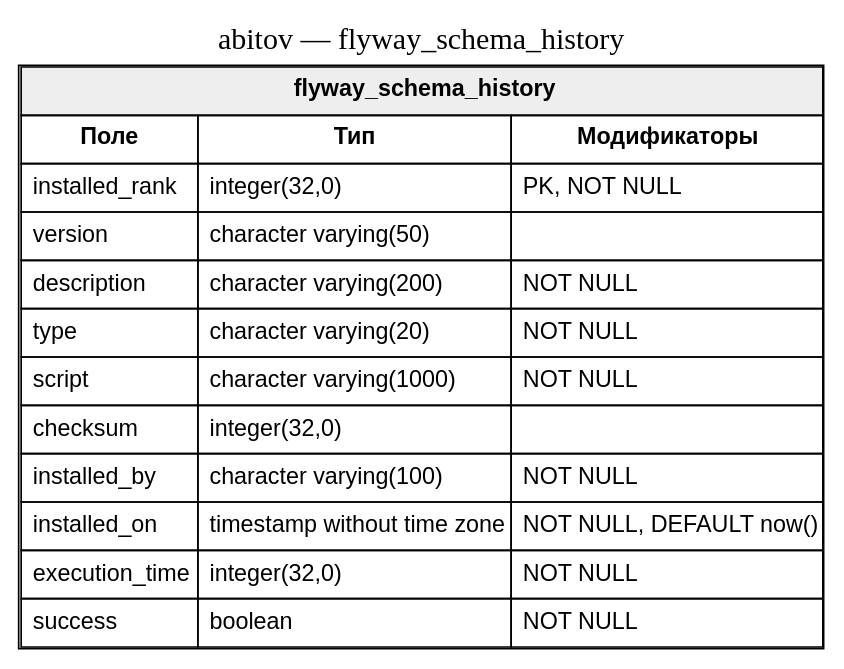
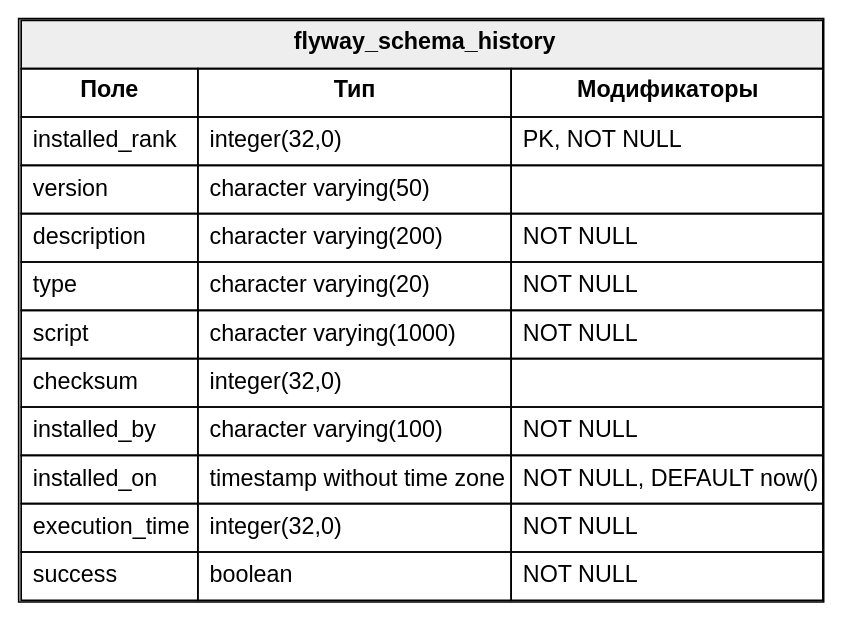
One commit to diplomas-2026/abitov changed the diagram in database-screenshots/dot/tables/flyway_schema_history.dot. Above: the diagram before and after it, drawn with Graphviz. The commit also changed 23 other files, not shown here.

Commit message:
Add database schema screenshots

```diff
--- a/database-screenshots/dot/tables/flyway_schema_history.dot
+++ b/database-screenshots/dot/tables/flyway_schema_history.dot
@@ -1,7 +1,5 @@
 digraph single_table {
   graph [rankdir=TB, fontsize=18];
   node [shape=plain, fontname="Arial"];
-  label="abitov — flyway_schema_history";
-  labelloc=t;
   "flyway_schema_history" [label=<<TABLE BORDER="1" CELLBORDER="1" CELLSPACING="0" CELLPADDING="6"><TR><TD BGCOLOR="#eeeeee" COLSPAN="3"><B>flyway_schema_history</B></TD></TR><TR><TD><B>Поле</B></TD><TD><B>Тип</B></TD><TD><B>Модификаторы</B></TD></TR><TR><TD ALIGN="LEFT">installed_rank</TD><TD ALIGN="LEFT">integer(32,0)</TD><TD ALIGN="LEFT">PK, NOT NULL</TD></TR><TR><TD ALIGN="LEFT">version</TD><TD ALIGN="LEFT">character varying(50)</TD><TD ALIGN="LEFT"></TD></TR><TR><TD ALIGN="LEFT">description</TD><TD ALIGN="LEFT">character varying(200)</TD><TD ALIGN="LEFT">NOT NULL</TD></TR><TR><TD ALIGN="LEFT">type</TD><TD ALIGN="LEFT">character varying(20)</TD><TD ALIGN="LEFT">NOT NULL</TD></TR><TR><TD ALIGN="LEFT">script</TD><TD ALIGN="LEFT">character varying(1000)</TD><TD ALIGN="LEFT">NOT NULL</TD></TR><TR><TD ALIGN="LEFT">checksum</TD><TD ALIGN="LEFT">integer(32,0)</TD><TD ALIGN="LEFT"></TD></TR><TR><TD ALIGN="LEFT">installed_by</TD><TD ALIGN="LEFT">character varying(100)</TD><TD ALIGN="LEFT">NOT NULL</TD></TR><TR><TD ALIGN="LEFT">installed_on</TD><TD ALIGN="LEFT">timestamp without time zone</TD><TD ALIGN="LEFT">NOT NULL, DEFAULT now()</TD></TR><TR><TD ALIGN="LEFT">execution_time</TD><TD ALIGN="LEFT">integer(32,0)</TD><TD ALIGN="LEFT">NOT NULL</TD></TR><TR><TD ALIGN="LEFT">success</TD><TD ALIGN="LEFT">boolean</TD><TD ALIGN="LEFT">NOT NULL</TD></TR></TABLE>>];
 }
```
